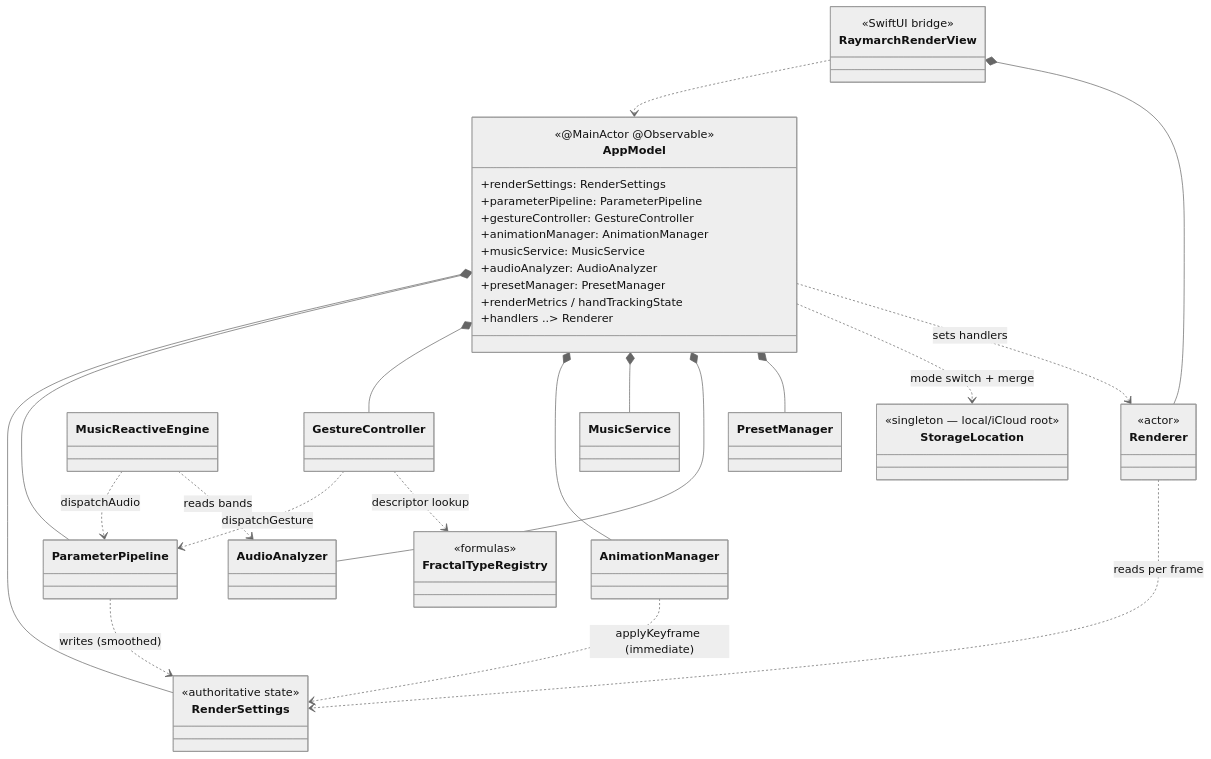
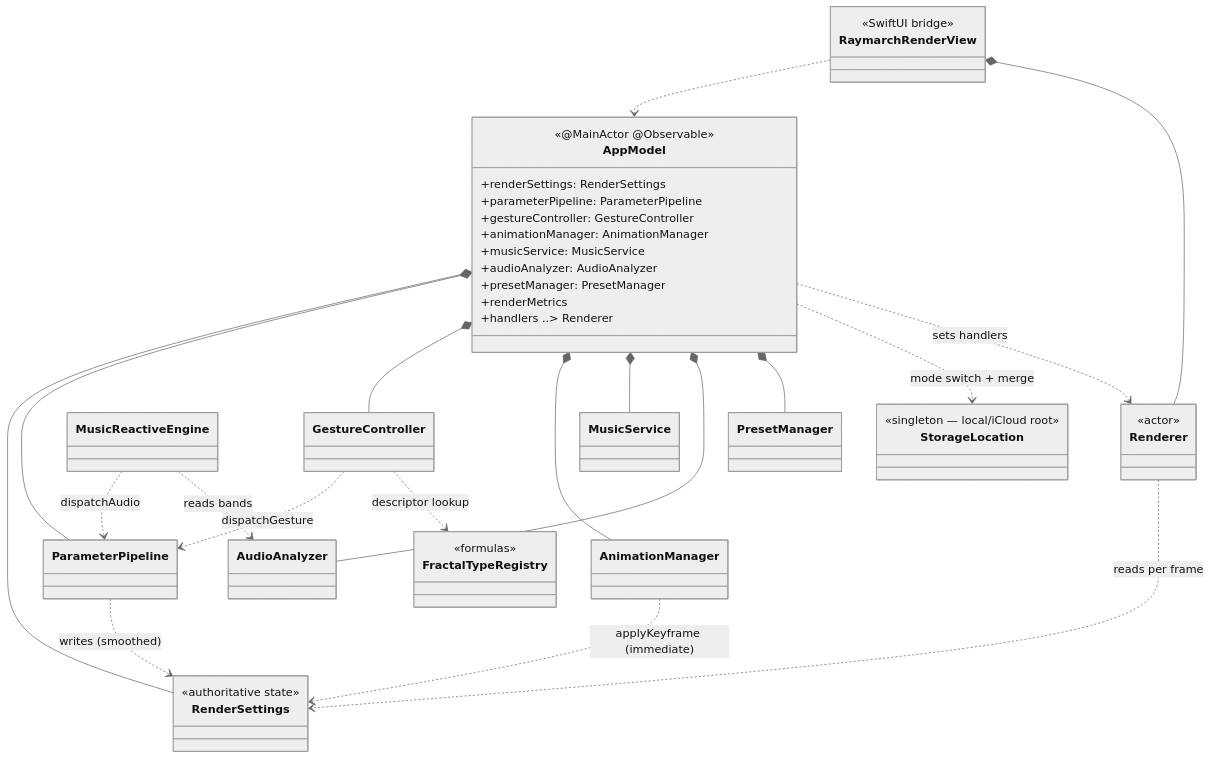
The first of 9 diagrams in Context/ARCHITECTURE_UML.md (Halopend/MetalRaymarch-main), drawn with Mermaid (neutral theme) before and after one commit. The commit also changed other lines of this file and 195 other files, not shown here.

````diff
--- a/Context/ARCHITECTURE_UML.md
+++ b/Context/ARCHITECTURE_UML.md
@@ -25,51 +25,51 @@
 ```mermaid
 classDiagram
     direction TB
 
     class AppModel {
         <<@MainActor @Observable>>
         +renderSettings: RenderSettings
         +parameterPipeline: ParameterPipeline
         +gestureController: GestureController
         +animationManager: AnimationManager
         +musicService: MusicService
         +audioAnalyzer: AudioAnalyzer
         +presetManager: PresetManager
-        +renderMetrics / handTrackingState
+        +renderMetrics
         +handlers ..> Renderer
     }
 
     class Renderer { <<actor>> }
     class RaymarchRenderView { <<SwiftUI bridge>> }
     class ParameterPipeline
     class RenderSettings { <<authoritative state>> }
     class GestureController
     class AnimationManager
     class MusicReactiveEngine
     class AudioAnalyzer
     class MusicService
     class PresetManager
     class StorageLocation { <<singleton — local/iCloud root>> }
     class FractalTypeRegistry { <<formulas>> }
 
     AppModel *-- RenderSettings
     AppModel *-- ParameterPipeline
     AppModel *-- GestureController
     AppModel *-- AnimationManager
     AppModel *-- MusicService
     AppModel *-- AudioAnalyzer
     AppModel *-- PresetManager
     AppModel ..> StorageLocation : mode switch + merge
     AppModel ..> Renderer : sets handlers
 
     RaymarchRenderView ..> AppModel
     RaymarchRenderView *-- Renderer
 
     GestureController ..> ParameterPipeline : dispatchGesture
     MusicReactiveEngine ..> ParameterPipeline : dispatchAudio
     MusicReactiveEngine ..> AudioAnalyzer : reads bands
     AnimationManager ..> RenderSettings : applyKeyframe (immediate)
     ParameterPipeline ..> RenderSettings : writes (smoothed)
     Renderer ..> RenderSettings : reads per frame
     GestureController ..> FractalTypeRegistry : descriptor lookup
 ```
````
